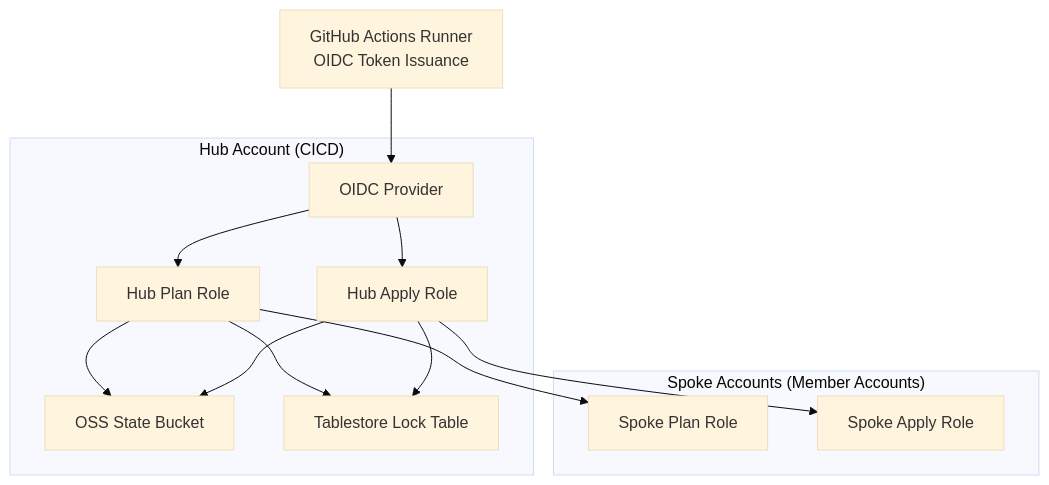
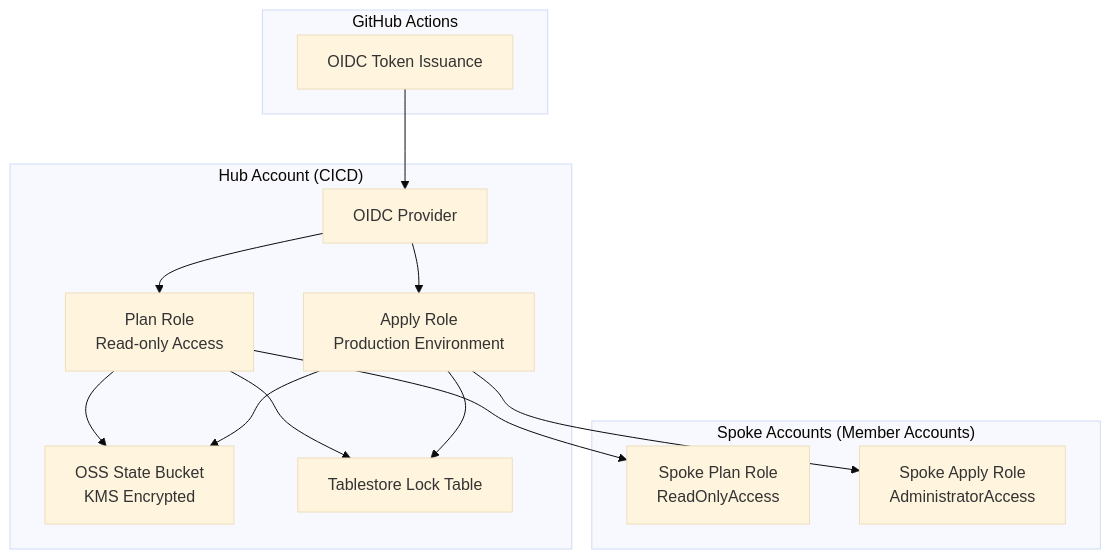
Before and after one commit to AlibabaCloudLandingZone/alibabacloud-landingzone-accelerator-github-demo: the first of 2 diagrams in .qoder/repowiki/en/content/Project Overview.md, drawn with Mermaid (base theme). The commit also changed other lines of this file and 104 other files, not shown here.

````diff
--- a/.qoder/repowiki/en/content/Project Overview.md
+++ b/.qoder/repowiki/en/content/Project Overview.md
@@ -120,24 +43,26 @@
 ```mermaid
 graph TB
-GH["GitHub Actions Runner<br/>OIDC Token Issuance"]
+subgraph "GitHub Actions"
+GH["OIDC Token Issuance"]
+end
 subgraph "Hub Account (CICD)"
 OIDC["OIDC Provider"]
-PLAN["Hub Plan Role"]
-APPLY["Hub Apply Role"]
-OSS["OSS State Bucket"]
+PLAN["Plan Role<br/>Read-only Access"]
+APPLY["Apply Role<br/>Production Environment"]
+OSS["OSS State Bucket<br/>KMS Encrypted"]
 OTS["Tablestore Lock Table"]
 end
 subgraph "Spoke Accounts (Member Accounts)"
-SPL["Spoke Plan Role"]
-SPA["Spoke Apply Role"]
+SPL["Spoke Plan Role<br/>ReadOnlyAccess"]
+SPA["Spoke Apply Role<br/>AdministratorAccess"]
 end
 GH --> OIDC
 OIDC --> PLAN
 OIDC --> APPLY
 PLAN --> SPL
 APPLY --> SPA
 PLAN --> OSS
 APPLY --> OSS
 PLAN --> OTS
 APPLY --> OTS
 ```
````
